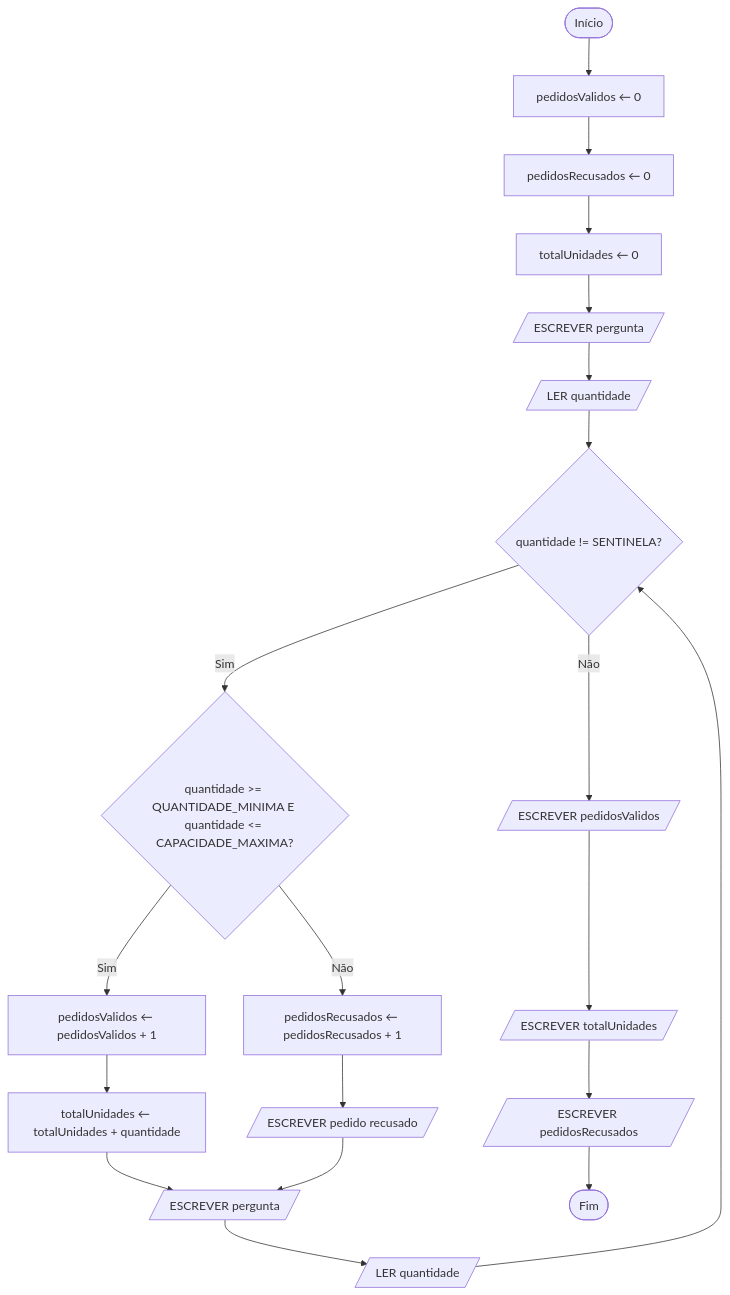
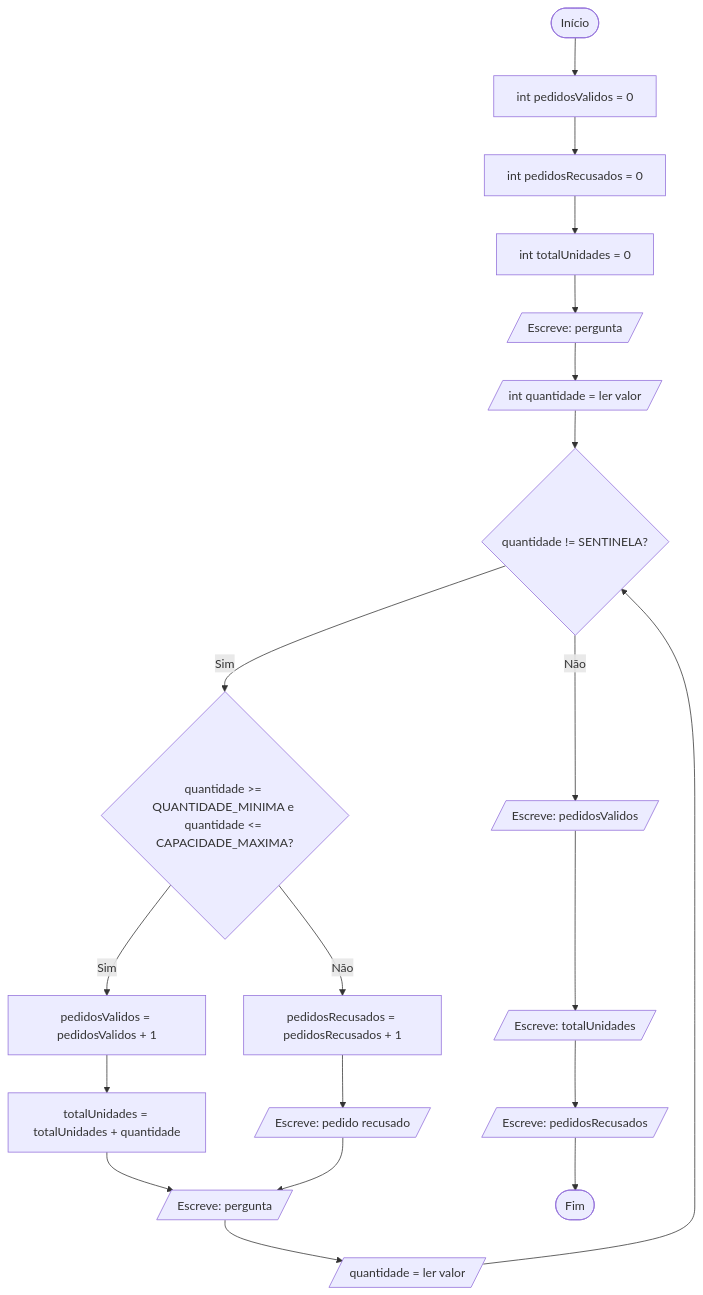
The fourth of 4 diagrams in 01-algoritmos/04-repeticao-e-padroes.md (NunoMACastro/epms-2627-1ig-lp), drawn with Mermaid before and after one commit. The commit also changed other lines of this file and 10 other files, not shown here.

````diff
--- a/01-algoritmos/04-repeticao-e-padroes.md
+++ b/01-algoritmos/04-repeticao-e-padroes.md
@@ -844,22 +831,22 @@
 ```mermaid
 flowchart TD
-    A([Início]) --> B["pedidosValidos ← 0"]
-    B --> C["pedidosRecusados ← 0"]
-    C --> D["totalUnidades ← 0"]
-    D --> E[/ESCREVER pergunta/]
-    E --> F[/LER quantidade/]
+    A([Início]) --> B["int pedidosValidos = 0"]
+    B --> C["int pedidosRecusados = 0"]
+    C --> D["int totalUnidades = 0"]
+    D --> E[/"Escreve: pergunta"/]
+    E --> F[/"int quantidade = ler valor"/]
     F --> G{"quantidade != SENTINELA?"}
-    G -->|Sim| H{"quantidade >= QUANTIDADE_MINIMA E quantidade <= CAPACIDADE_MAXIMA?"}
-    H -->|Sim| I["pedidosValidos ← pedidosValidos + 1"]
-    I --> J["totalUnidades ← totalUnidades + quantidade"]
-    H -->|Não| K["pedidosRecusados ← pedidosRecusados + 1"]
-    K --> L[/ESCREVER pedido recusado/]
-    J --> M[/ESCREVER pergunta/]
+    G -->|Sim| H{"quantidade >= QUANTIDADE_MINIMA e quantidade <= CAPACIDADE_MAXIMA?"}
+    H -->|Sim| I["pedidosValidos = pedidosValidos + 1"]
+    I --> J["totalUnidades = totalUnidades + quantidade"]
+    H -->|Não| K["pedidosRecusados = pedidosRecusados + 1"]
+    K --> L[/"Escreve: pedido recusado"/]
+    J --> M[/"Escreve: pergunta"/]
     L --> M
-    M --> N[/LER quantidade/]
+    M --> N[/"quantidade = ler valor"/]
     N --> G
-    G -->|Não| O[/ESCREVER pedidosValidos/]
-    O --> P[/ESCREVER totalUnidades/]
-    P --> Q[/ESCREVER pedidosRecusados/]
+    G -->|Não| O[/"Escreve: pedidosValidos"/]
+    O --> P[/"Escreve: totalUnidades"/]
+    P --> Q[/"Escreve: pedidosRecusados"/]
     Q --> Z([Fim])
 ```
````
